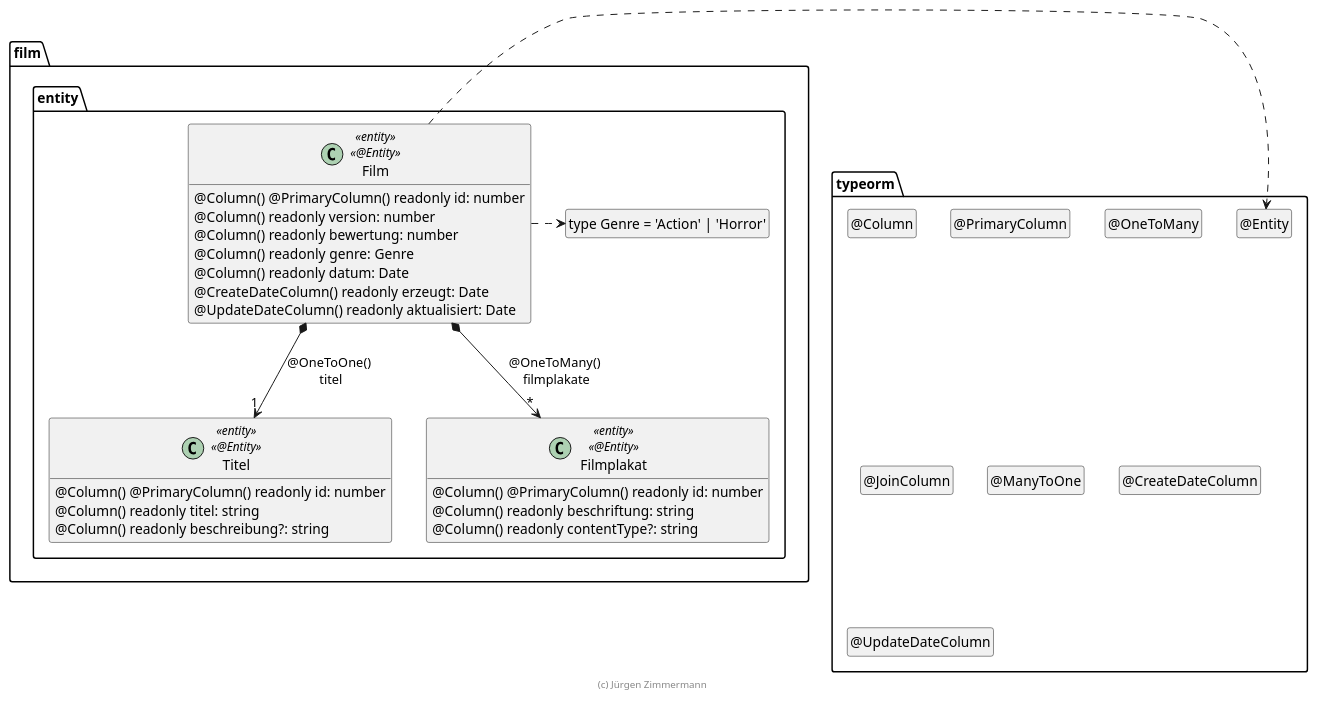
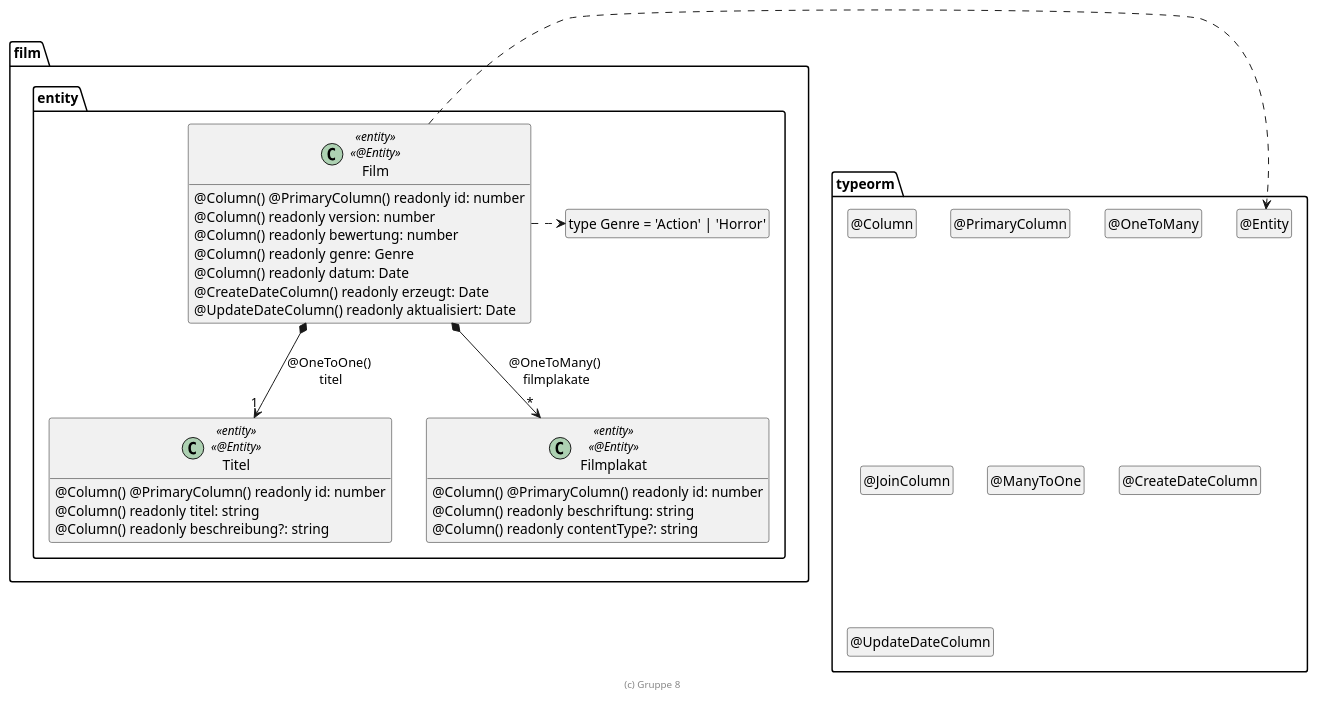
Before and after one commit to Braendli98/Film: the diagram in .extras/doc/projekthandbuch/Film.plantuml, drawn with PlantUML. The commit also changed 3 other files, not shown here.

```diff
--- a/.extras/doc/projekthandbuch/Film.plantuml
+++ b/.extras/doc/projekthandbuch/Film.plantuml
@@ -1,59 +1,59 @@
 @startuml Entity
 
 package typeorm {
   class "@Entity" as Entity
   hide Entity circle
   class "@Column" as Column
   hide Column circle
   class "@PrimaryColumn" as PrimaryColumn
   hide PrimaryColumn circle
   class "@OneToMany" as OneToMany
   hide OneToMany circle
   class "@JoinColumn" as JoinColumn
   hide JoinColumn circle
   class "@ManyToOne" as ManyToOne
   hide ManyToOne circle
   class "@CreateDateColumn" as CreateDateColumn
   hide CreateDateColumn circle
   class "@UpdateDateColumn" as UpdateDateColumn
   hide UpdateDateColumn circle
 }
 
 package film.entity {
   class "type Genre = 'Action' | 'Horror'" as Genre
   hide Genre circle
 
   class Film <<entity>> <<@Entity>> {
     @Column() @PrimaryColumn() readonly id: number
     @Column() readonly version: number
     @Column() readonly bewertung: number
     @Column() readonly genre: Genre
     @Column() readonly datum: Date
     @CreateDateColumn() readonly erzeugt: Date
     @UpdateDateColumn() readonly aktualisiert: Date
   }
 
   class Titel <<entity>> <<@Entity>> {
     @Column() @PrimaryColumn() readonly id: number
     @Column() readonly titel: string
     @Column() readonly beschreibung?: string
   }
 
   class Filmplakat <<entity>> <<@Entity>> {
     @Column() @PrimaryColumn() readonly id: number
     @Column() readonly beschriftung: string
     @Column() readonly contentType?: string
   }
 
   Film *--> "1" Titel : @OneToOne() \ntitel
   Film *--> "*" Filmplakat : @OneToMany() \nfilmplakate
 
   Film .right.> Entity
   Film .right.> Genre
 }
 
 hide empty members
 
-footer (c) Jürgen Zimmermann
+footer (c) Gruppe 8
 
 @enduml
```
